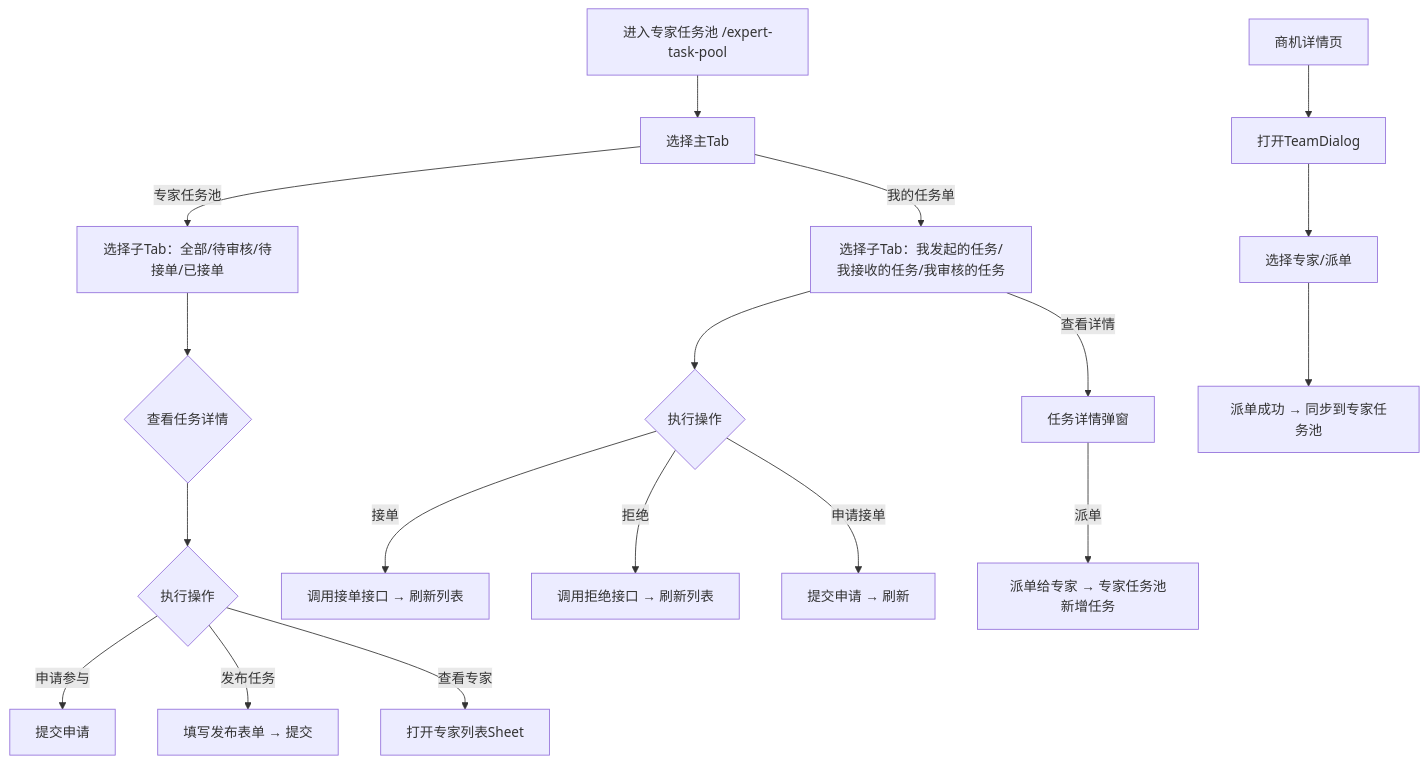
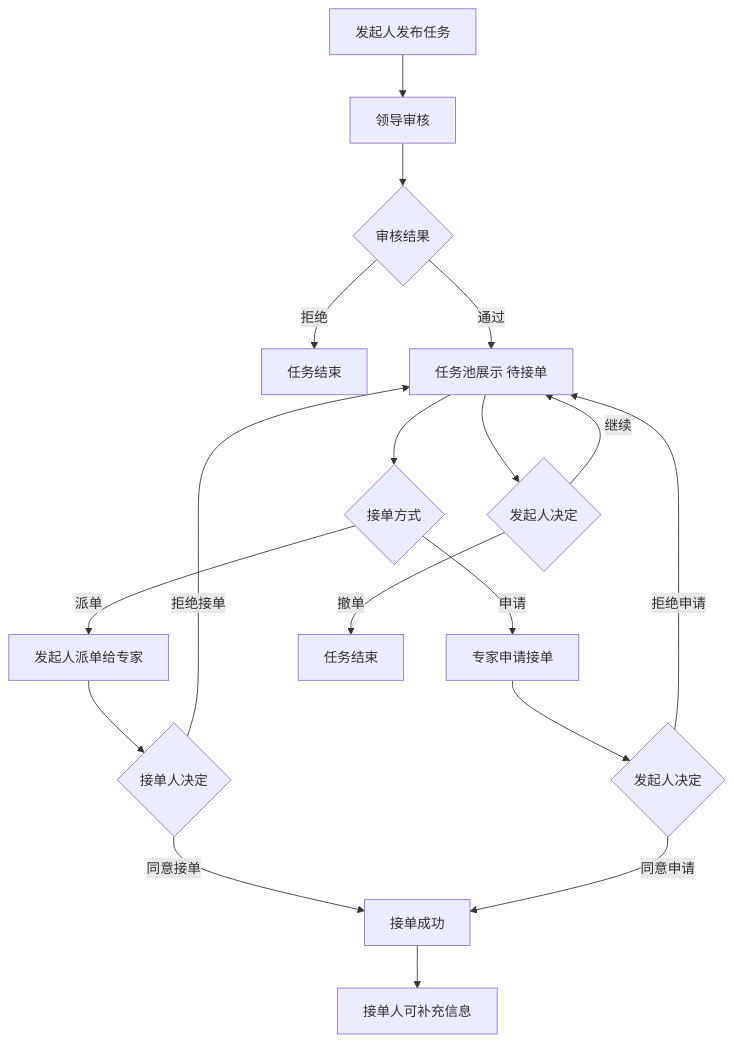
Before and after one commit to cuiweihaoxuan-eng/lto-app: the first of 2 diagrams in .prd/_routes/_expert-task-pool.md, drawn with Mermaid. The commit also changed other lines of this file, not shown here.

````diff
--- a/.prd/_routes/_expert-task-pool.md
+++ b/.prd/_routes/_expert-task-pool.md
@@ -71,21 +77,25 @@
 ```mermaid
 graph TD
-    A[进入专家任务池 /expert-task-pool] --> B[选择主Tab]
-    B -->|专家任务池| C[选择子Tab：全部/待审核/待接单/已接单]
-    B -->|我的任务单| D[选择子Tab：我发起的任务/我接收的任务/我审核的任务]
-    C --> E{查看任务详情}
-    E --> F{执行操作}
-    F -->|申请参与| G[提交申请]
-    F -->|发布任务| H[填写发布表单 → 提交]
-    F -->|查看专家| I[打开专家列表Sheet]
-    D --> J{执行操作}
-    J -->|接单| K[调用接单接口 → 刷新列表]
-    J -->|拒绝| L[调用拒绝接口 → 刷新列表]
-    J -->|申请接单| M[提交申请 → 刷新]
-    D -->|查看详情| N[任务详情弹窗]
-    N -->|派单| O[派单给专家 → 专家任务池新增任务]
+    A[发起人发布任务] --> B[领导审核]
+    B --> C{审核结果}
+    C -->|拒绝| D[任务结束]
+    C -->|通过| E[任务池展示 待接单]
 
-    P[商机详情页] --> Q[打开TeamDialog]
-    Q --> R[选择专家/派单]
-    R --> S[派单成功 → 同步到专家任务池]
+    E --> F{接单方式}
+    F -->|派单| G[发起人派单给专家]
+    F -->|申请| H[专家申请接单]
+
+    G --> I{接单人决定}
+    I -->|同意接单| J[接单成功]
+    I -->|拒绝接单| E
+
+    H --> K{发起人决定}
+    K -->|同意申请| J
+    K -->|拒绝申请| E
+
+    J --> L[接单人可补充信息]
+
+    E --> M{发起人决定}
+    M -->|撤单| N[任务结束]
+    M -->|继续| E
 ```
````
